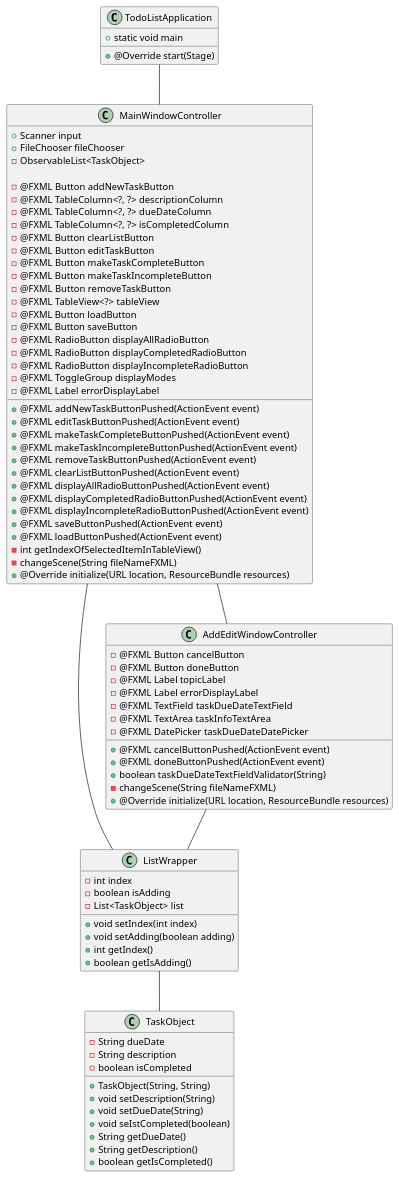
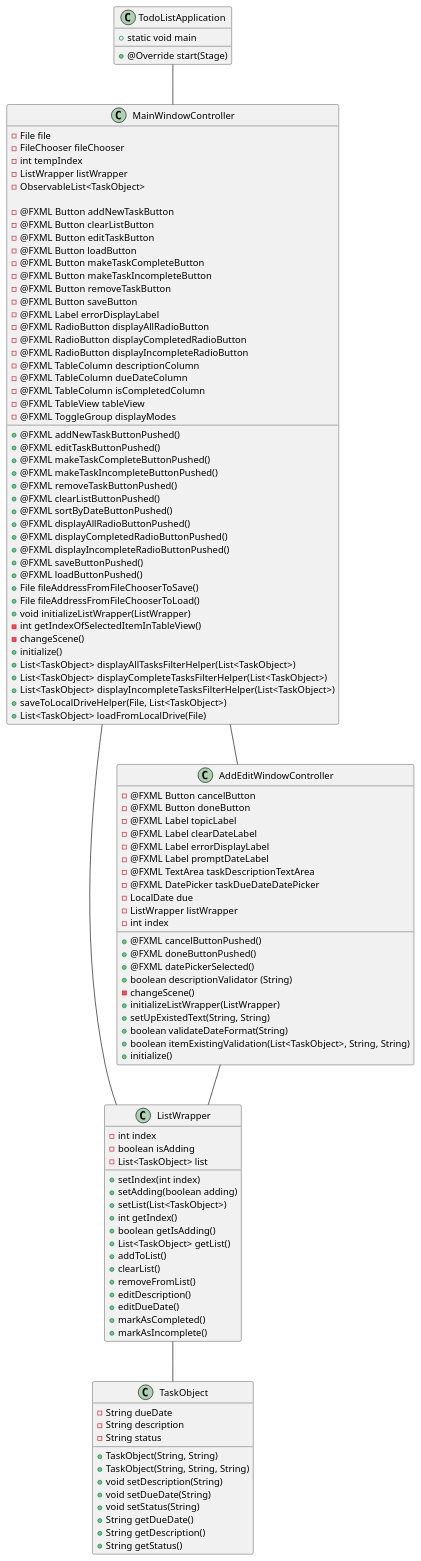
Before and after one commit to PraweenPongpat/pongpat-app1-impl: the diagram in applicaiton1_impl/docs/ClassDiagram.puml, drawn with PlantUML. The commit also changed 5 other files, not shown here.

Commit message:
small update on UML

```diff
--- a/applicaiton1_impl/docs/ClassDiagram.puml
+++ b/applicaiton1_impl/docs/ClassDiagram.puml
@@ -1,89 +1,120 @@
 @startuml
 class TodoListApplication {
     + @Override start(Stage)
     + static void main
 }
 
 class ListWrapper {
     - int index
     - boolean isAdding
     - List<TaskObject> list
-    + void setIndex(int index)
-    + void setAdding(boolean adding)
+    + setIndex(int index)
+    + setAdding(boolean adding)
+    + setList(List<TaskObject>)
     + int getIndex()
     + boolean getIsAdding()
+    + List<TaskObject> getList()
+    + addToList()
+    + clearList()
+    + removeFromList()
+    + editDescription()
+    + editDueDate()
+    + markAsCompleted()
+    + markAsIncomplete()
 }
 
 class TaskObject {
     - String dueDate
     - String description
-    - boolean isCompleted
+    - String status
     + TaskObject(String, String)
+    + TaskObject(String, String, String)
     + void setDescription(String)
     + void setDueDate(String)
-    + void seIstCompleted(boolean)
+    + void setStatus(String)
     + String getDueDate()
     + String getDescription()
-    + boolean getIsCompleted()
+    + String getStatus()
 }
 
 class MainWindowController {
-    + Scanner input
-    + FileChooser fileChooser
+    - File file
+    - FileChooser fileChooser
+    - int tempIndex
+    - ListWrapper listWrapper
     - ObservableList<TaskObject>
 
     - @FXML Button addNewTaskButton
-    - @FXML TableColumn<?, ?> descriptionColumn
-    - @FXML TableColumn<?, ?> dueDateColumn
-    - @FXML TableColumn<?, ?> isCompletedColumn
     - @FXML Button clearListButton
     - @FXML Button editTaskButton
+    - @FXML Button loadButton
     - @FXML Button makeTaskCompleteButton
     - @FXML Button makeTaskIncompleteButton
     - @FXML Button removeTaskButton
-    - @FXML TableView<?> tableView
-    - @FXML Button loadButton
     - @FXML Button saveButton
+    - @FXML Label errorDisplayLabel
     - @FXML RadioButton displayAllRadioButton
     - @FXML RadioButton displayCompletedRadioButton
     - @FXML RadioButton displayIncompleteRadioButton
+    - @FXML TableColumn descriptionColumn
+    - @FXML TableColumn dueDateColumn
+    - @FXML TableColumn isCompletedColumn
+    - @FXML TableView tableView
     - @FXML ToggleGroup displayModes
-    - @FXML Label errorDisplayLabel
 
-    + @FXML addNewTaskButtonPushed(ActionEvent event)
-    + @FXML editTaskButtonPushed(ActionEvent event)
-    + @FXML makeTaskCompleteButtonPushed(ActionEvent event)
-    + @FXML makeTaskIncompleteButtonPushed(ActionEvent event)
-    + @FXML removeTaskButtonPushed(ActionEvent event)
-    + @FXML clearListButtonPushed(ActionEvent event)
-    + @FXML displayAllRadioButtonPushed(ActionEvent event)
-    + @FXML displayCompletedRadioButtonPushed(ActionEvent event)
-    + @FXML displayIncompleteRadioButtonPushed(ActionEvent event)
-    + @FXML saveButtonPushed(ActionEvent event)
-    + @FXML loadButtonPushed(ActionEvent event)
+    + @FXML addNewTaskButtonPushed()
+    + @FXML editTaskButtonPushed()
+    + @FXML makeTaskCompleteButtonPushed()
+    + @FXML makeTaskIncompleteButtonPushed()
+    + @FXML removeTaskButtonPushed()
+    + @FXML clearListButtonPushed()
+    + @FXML sortByDateButtonPushed()
+    + @FXML displayAllRadioButtonPushed()
+    + @FXML displayCompletedRadioButtonPushed()
+    + @FXML displayIncompleteRadioButtonPushed()
+    + @FXML saveButtonPushed()
+    + @FXML loadButtonPushed()
+    + File fileAddressFromFileChooserToSave()
+    + File fileAddressFromFileChooserToLoad()
+    + void initializeListWrapper(ListWrapper)
     - int getIndexOfSelectedItemInTableView()
-    - changeScene(String fileNameFXML)
-    + @Override initialize(URL location, ResourceBundle resources)
+    - changeScene()
+    + initialize()
+    + List<TaskObject> displayAllTasksFilterHelper(List<TaskObject>)
+    + List<TaskObject> displayCompleteTasksFilterHelper(List<TaskObject>)
+    + List<TaskObject> displayIncompleteTasksFilterHelper(List<TaskObject>)
+    + saveToLocalDriveHelper(File, List<TaskObject>)
+    + List<TaskObject> loadFromLocalDrive(File)
+
 }
 class AddEditWindowController {
     - @FXML Button cancelButton
     - @FXML Button doneButton
     - @FXML Label topicLabel
+    - @FXML Label clearDateLabel
     - @FXML Label errorDisplayLabel
-    - @FXML TextField taskDueDateTextField
-    - @FXML TextArea taskInfoTextArea
+    - @FXML Label promptDateLabel
+    - @FXML TextArea taskDescriptionTextArea
     - @FXML DatePicker taskDueDateDatePicker
+    - LocalDate due
+    - ListWrapper listWrapper
+    - int index
 
-    + @FXML cancelButtonPushed(ActionEvent event)
-    + @FXML doneButtonPushed(ActionEvent event)
-    + boolean taskDueDateTextFieldValidator(String)
-    - changeScene(String fileNameFXML)
-    + @Override initialize(URL location, ResourceBundle resources)
+    + @FXML cancelButtonPushed()
+    + @FXML doneButtonPushed()
+    + @FXML datePickerSelected()
+    + boolean descriptionValidator (String)
+    - changeScene()
+    + initializeListWrapper(ListWrapper)
+    + setUpExistedText(String, String)
+    + boolean validateDateFormat(String)
+    + boolean itemExistingValidation(List<TaskObject>, String, String)
+    + initialize()
 }
 
 TodoListApplication -- MainWindowController
 MainWindowController -- AddEditWindowController
-MainWindowController -- ListWrapper
+MainWindowController --- ListWrapper
 AddEditWindowController -- ListWrapper
 ListWrapper -- TaskObject
 @enduml
```
